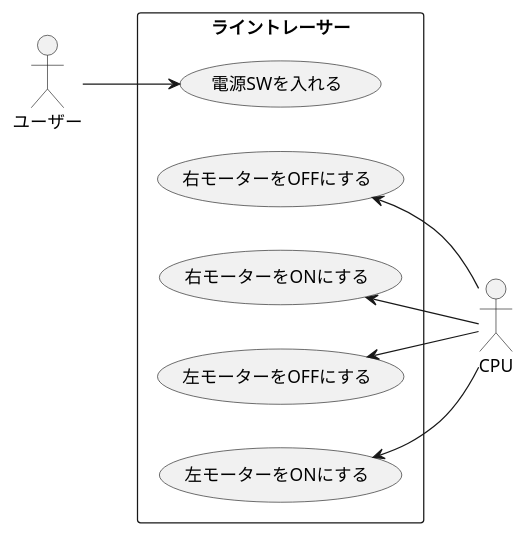
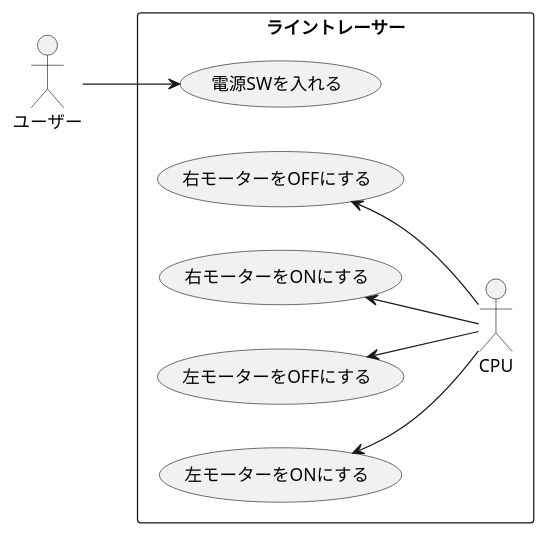
Before and after one commit to Kuya0307/unl-introduction: the diagram in 演習６/演習6-5-2_ユースケース図_ライントレーサー.pu, drawn with PlantUML.

Commit message:
6-5-2を修正

```diff
--- a/演習６/演習6-5-2_ユースケース図_ライントレーサー.pu
+++ b/演習６/演習6-5-2_ユースケース図_ライントレーサー.pu
@@ -1,17 +1,17 @@
 @startuml ユースケース図
 left to right direction
 actor ユーザー as user
-actor CPU as CPU
 rectangle ライントレーサー{
+    actor CPU as CPU
     usecase 電源SWを入れる as sw 
     usecase 右モーターをOFFにする as rof
     usecase 右モーターをONにする as ron
     usecase 左モーターをOFFにする as lof
     usecase 左モーターをONにする as lon
 }
 user --> sw
 rof <-- CPU
 ron <-- CPU
 lof <-- CPU
 lon <-- CPU
 @enduml
```
